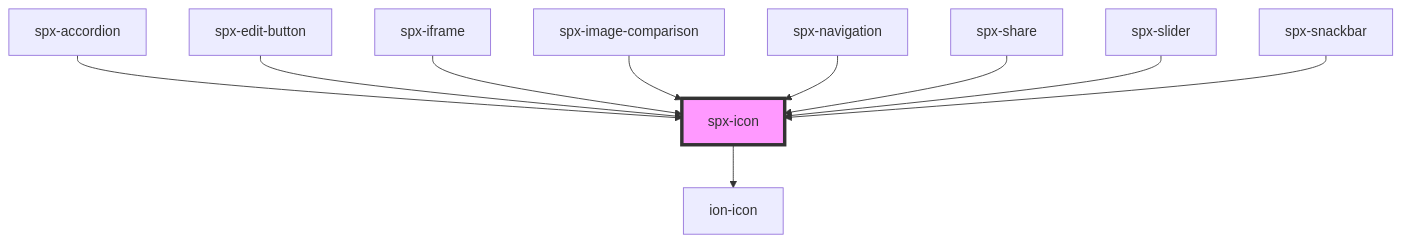
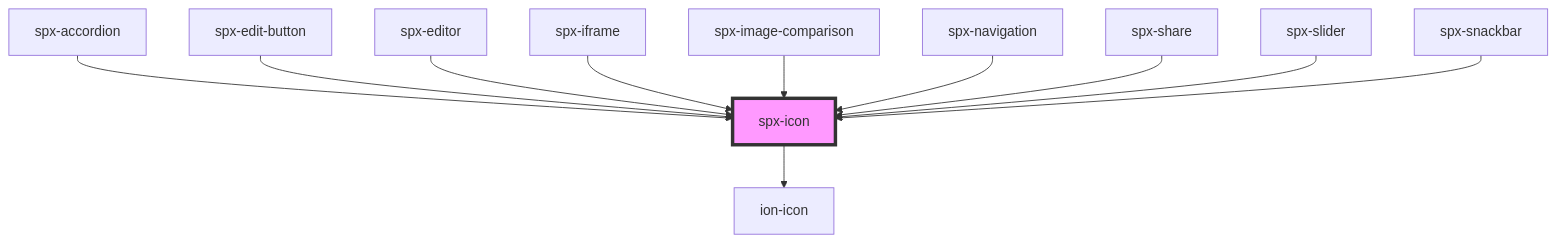
The diagram in stencil/src/components/elements/spx-icon/readme.md (dnnsjsk/spx), drawn with Mermaid before and after one commit. The commit also changed other lines of this file and 1470 other files, not shown here.

````diff
--- a/stencil/src/components/elements/spx-icon/readme.md
+++ b/stencil/src/components/elements/spx-icon/readme.md
@@ -45,13 +46,14 @@
 ```mermaid
 graph TD;
   spx-icon --> ion-icon
   spx-accordion --> spx-icon
   spx-edit-button --> spx-icon
+  spx-editor --> spx-icon
   spx-iframe --> spx-icon
   spx-image-comparison --> spx-icon
   spx-navigation --> spx-icon
   spx-share --> spx-icon
   spx-slider --> spx-icon
   spx-snackbar --> spx-icon
   style spx-icon fill:#f9f,stroke:#333,stroke-width:4px
 ```
````
